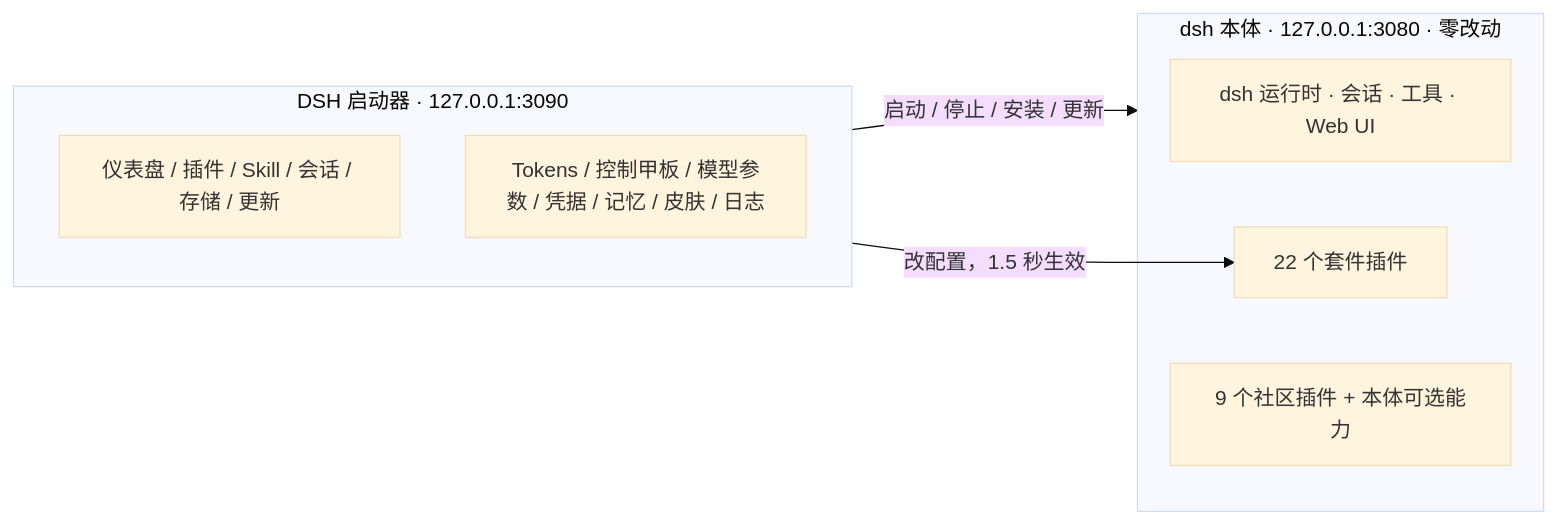
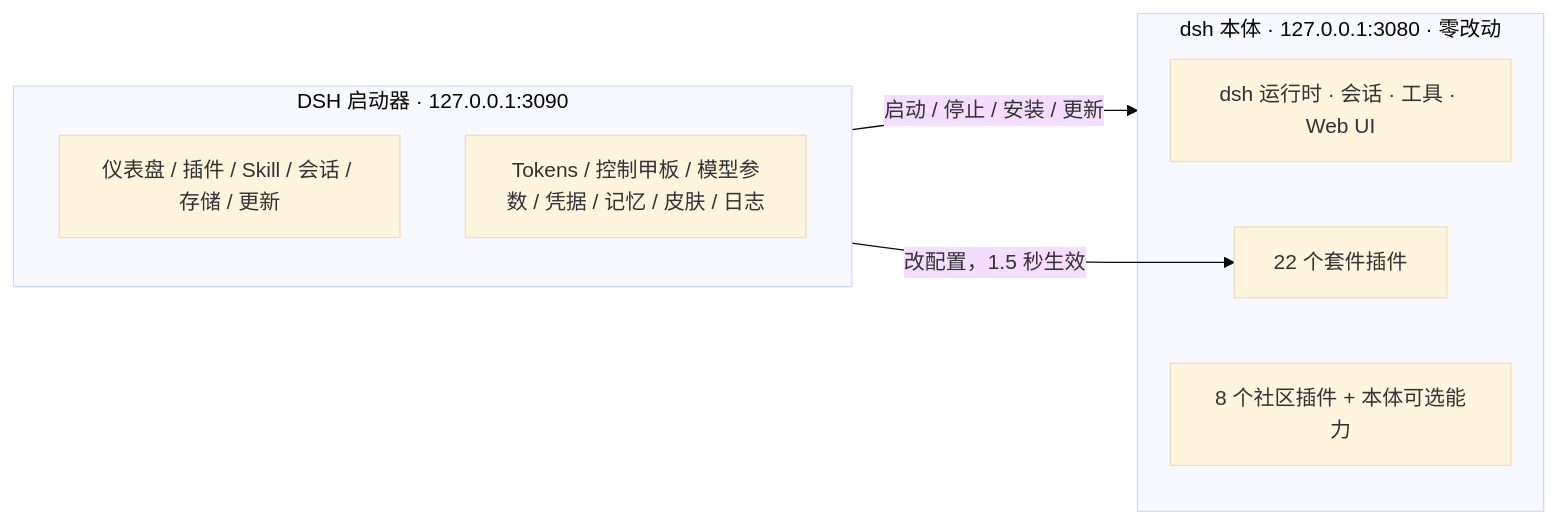
Before and after one commit to WZZNNE/DSH-CyberWorkStation: the first of 2 diagrams in README.zh.md, drawn with Mermaid (base theme). The commit also changed other lines of this file and 11255 other files, not shown here.

````diff
--- a/README.zh.md
+++ b/README.zh.md
@@ -84,14 +83,14 @@
 ```mermaid
 flowchart LR
   subgraph L["DSH 启动器 · 127.0.0.1:3090"]
     L1["仪表盘 / 插件 / Skill / 会话 / 存储 / 更新"]
     L2["Tokens / 控制甲板 / 模型参数 / 凭据 / 记忆 / 皮肤 / 日志"]
   end
   subgraph D["dsh 本体 · 127.0.0.1:3080 · 零改动"]
     D0["dsh 运行时 · 会话 · 工具 · Web UI"]
     D1["22 个套件插件"]
-    D2["9 个社区插件 + 本体可选能力"]
+    D2["8 个社区插件 + 本体可选能力"]
   end
   L -- "启动 / 停止 / 安装 / 更新" --> D
   L -- "改配置，1.5 秒生效" --> D1
 ```
````
